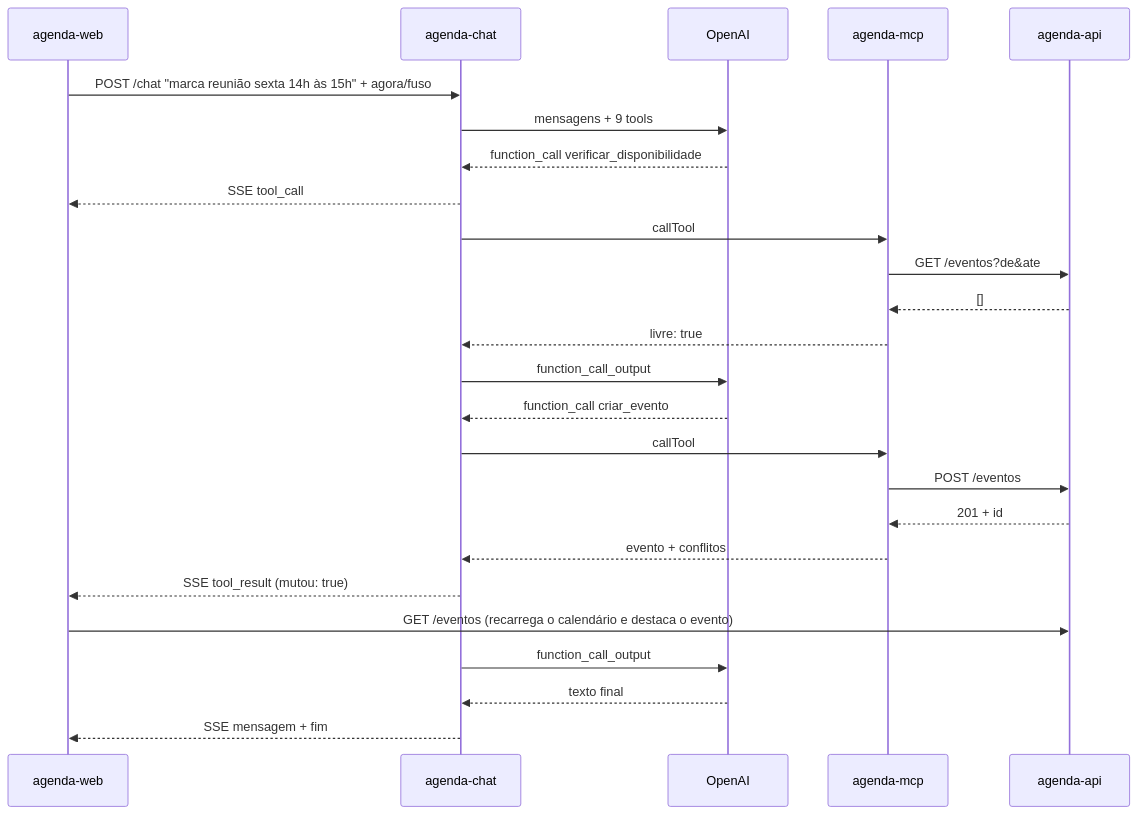
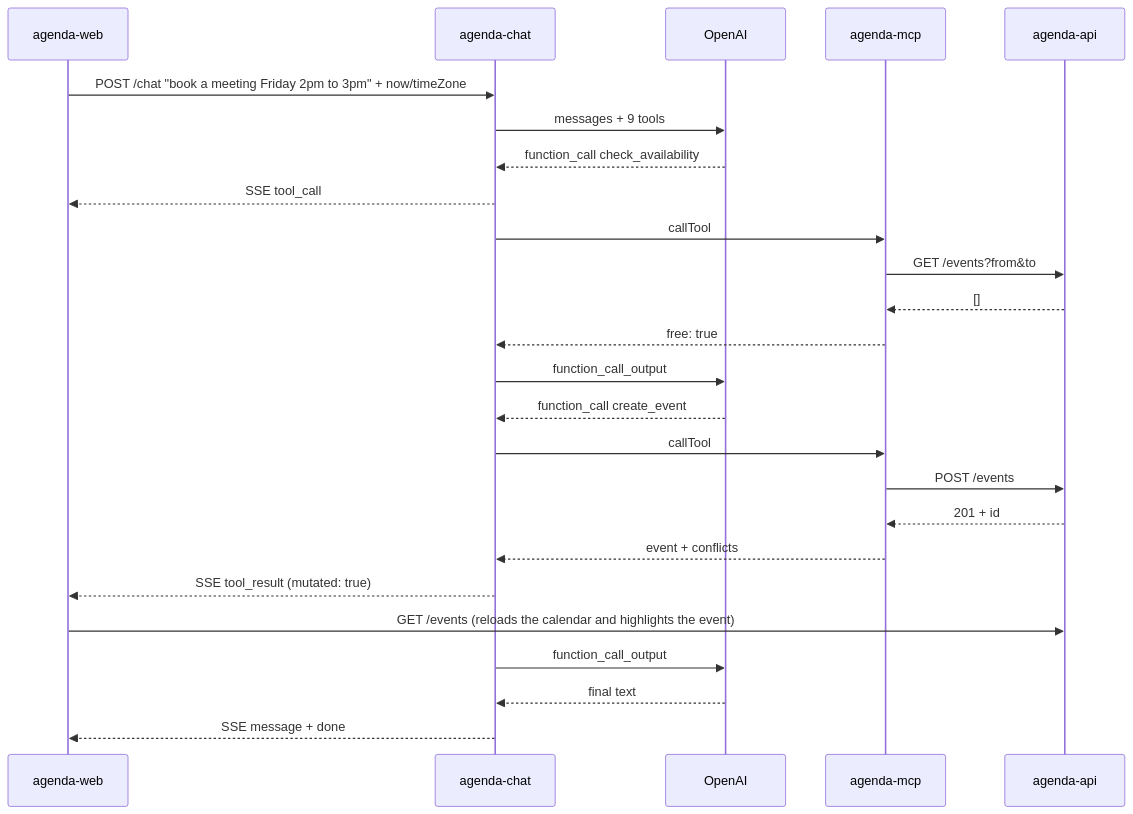
Before and after one commit to bargadev/mcp-poc: the second of 2 diagrams in README.md, drawn with Mermaid. The commit also changed other lines of this file and 45 other files, not shown here.

````diff
--- a/README.md
+++ b/README.md
@@ -60,27 +61,27 @@
 ```mermaid
 sequenceDiagram
   participant U as agenda-web
   participant C as agenda-chat
   participant O as OpenAI
   participant M as agenda-mcp
   participant A as agenda-api
-  U->>C: POST /chat "marca reunião sexta 14h às 15h" + agora/fuso
-  C->>O: mensagens + 9 tools
-  O-->>C: function_call verificar_disponibilidade
+  U->>C: POST /chat "book a meeting Friday 2pm to 3pm" + now/timeZone
+  C->>O: messages + 9 tools
+  O-->>C: function_call check_availability
   C-->>U: SSE tool_call
   C->>M: callTool
-  M->>A: GET /eventos?de&ate
+  M->>A: GET /events?from&to
   A-->>M: []
-  M-->>C: livre: true
+  M-->>C: free: true
   C->>O: function_call_output
-  O-->>C: function_call criar_evento
+  O-->>C: function_call create_event
   C->>M: callTool
-  M->>A: POST /eventos
+  M->>A: POST /events
   A-->>M: 201 + id
-  M-->>C: evento + conflitos
-  C-->>U: SSE tool_result (mutou: true)
-  U->>A: GET /eventos (recarrega o calendário e destaca o evento)
+  M-->>C: event + conflicts
+  C-->>U: SSE tool_result (mutated: true)
+  U->>A: GET /events (reloads the calendar and highlights the event)
   C->>O: function_call_output
-  O-->>C: texto final
-  C-->>U: SSE mensagem + fim
+  O-->>C: final text
+  C-->>U: SSE message + done
 ```
````
